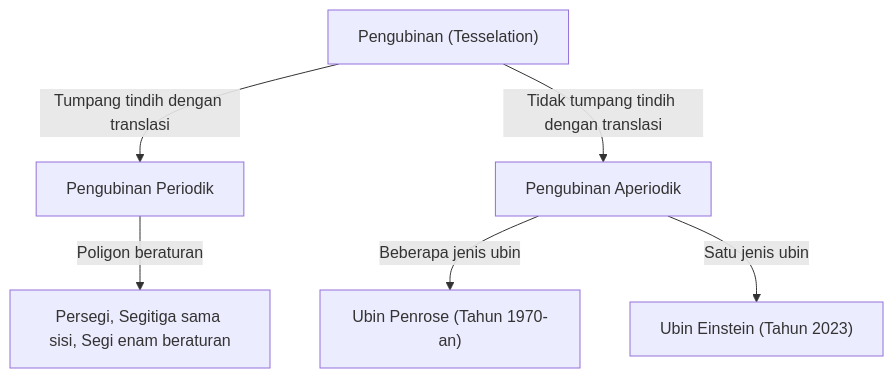
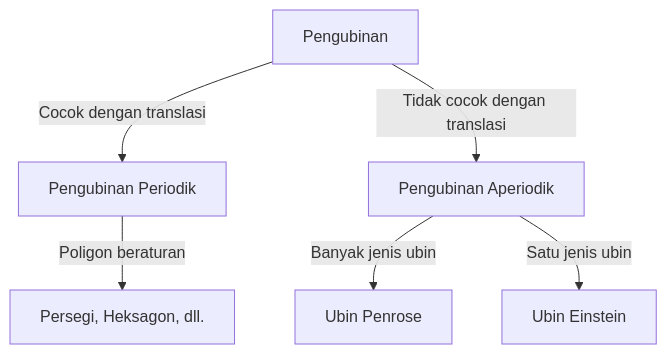
The diagram in content/post/aperiodic-tiling-problem/index.id.md (kenjinote/blog), drawn with Mermaid before and after one commit. The commit also changed other lines of this file and 129 other files, not shown here.

````diff
--- a/content/post/aperiodic-tiling-problem/index.id.md
+++ b/content/post/aperiodic-tiling-problem/index.id.md
@@ -23,9 +17,8 @@
 ```mermaid
 graph TD
-    A["Pengubinan (Tesselation)"]
-    A -- "Tumpang tindih dengan translasi" --> B["Pengubinan Periodik"]
-    A -- "Tidak tumpang tindih dengan translasi" --> C["Pengubinan Aperiodik"]
-    B -- "Poligon beraturan" --> D["Persegi, Segitiga sama sisi, Segi enam beraturan"]
-    C -- "Beberapa jenis ubin" --> E["Ubin Penrose (Tahun 1970-an)"]
-    C -- "Satu jenis ubin" --> F["Ubin Einstein (Tahun 2023)"]
+    A["Pengubinan"] -- "Cocok dengan translasi" --> B["Pengubinan Periodik"]
+    A -- "Tidak cocok dengan translasi" --> C["Pengubinan Aperiodik"]
+    B -- "Poligon beraturan" --> D["Persegi, Heksagon, dll."]
+    C -- "Banyak jenis ubin" --> E["Ubin Penrose"]
+    C -- "Satu jenis ubin" --> F["Ubin Einstein"]
 ```
````
